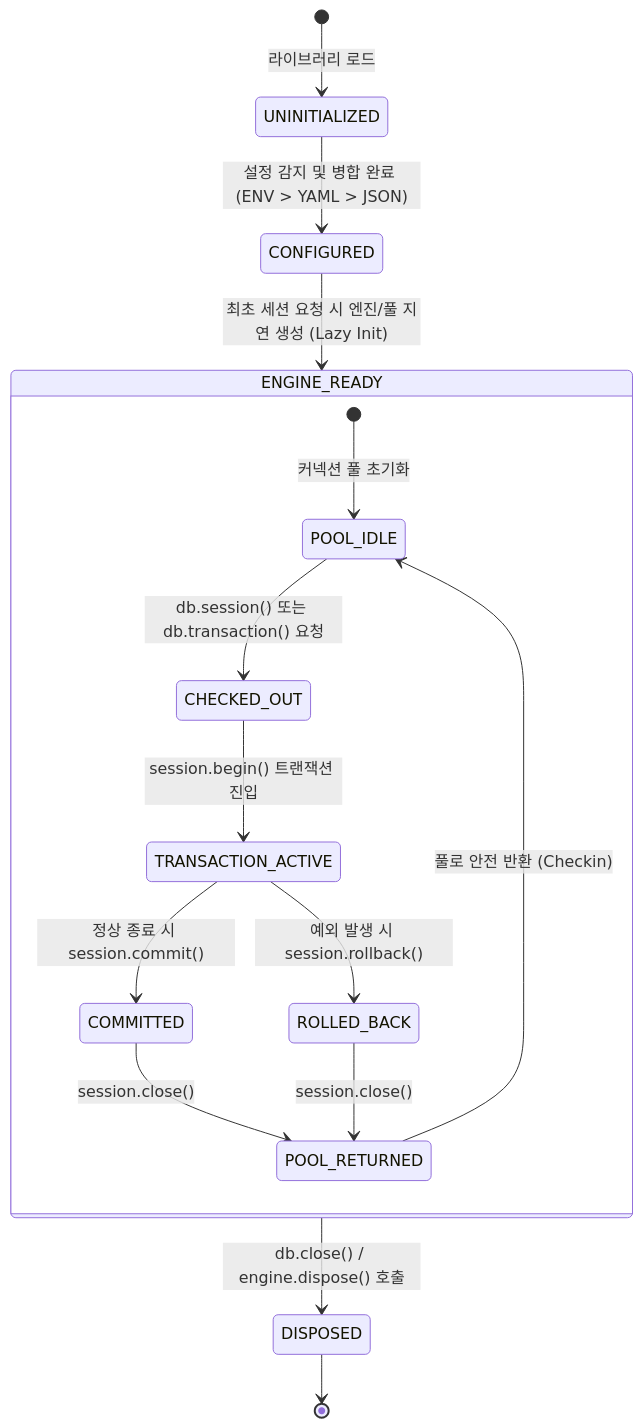
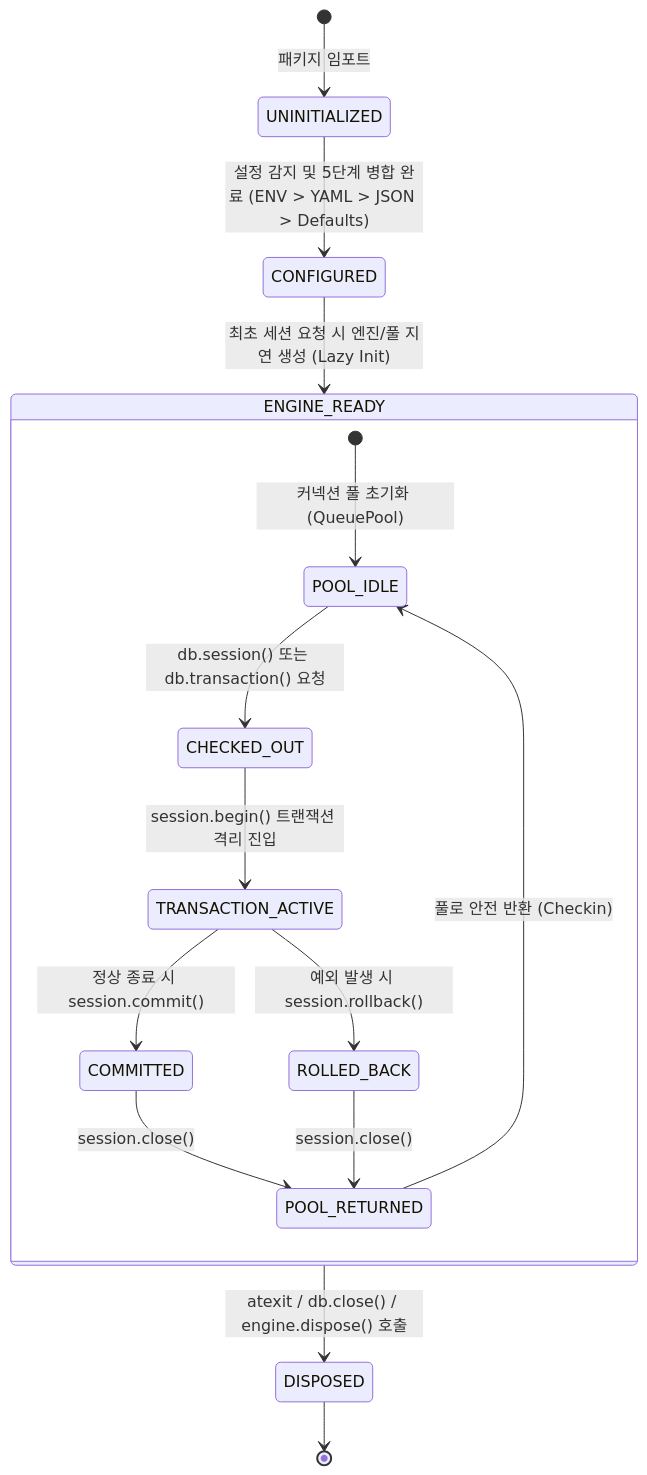
One commit to ozplayground/python-package changed the diagram in docs/sqla-autoconfig/spec-writer/03_POLICIES_AND_EDGES.md. Above: the diagram before and after it, drawn with Mermaid. The commit also changed other lines of this file and 53 other files, not shown here.

````diff
--- a/docs/sqla-autoconfig/spec-writer/03_POLICIES_AND_EDGES.md
+++ b/docs/sqla-autoconfig/spec-writer/03_POLICIES_AND_EDGES.md
@@ -14,20 +14,20 @@
 ```mermaid
 stateDiagram-v2
-    [*] --> UNINITIALIZED: 라이브러리 로드
-    UNINITIALIZED --> CONFIGURED: 설정 감지 및 병합 완료 (ENV > YAML > JSON)
+    [*] --> UNINITIALIZED: 패키지 임포트
+    UNINITIALIZED --> CONFIGURED: 설정 감지 및 5단계 병합 완료 (ENV > YAML > JSON > Defaults)
     CONFIGURED --> ENGINE_READY: 최초 세션 요청 시 엔진/풀 지연 생성 (Lazy Init)
-    
+
     state ENGINE_READY {
-        [*] --> POOL_IDLE: 커넥션 풀 초기화
+        [*] --> POOL_IDLE: 커넥션 풀 초기화 (QueuePool)
         POOL_IDLE --> CHECKED_OUT: db.session() 또는 db.transaction() 요청
-        CHECKED_OUT --> TRANSACTION_ACTIVE: session.begin() 트랜잭션 진입
+        CHECKED_OUT --> TRANSACTION_ACTIVE: session.begin() 트랜잭션 격리 진입
         TRANSACTION_ACTIVE --> COMMITTED: 정상 종료 시 session.commit()
         TRANSACTION_ACTIVE --> ROLLED_BACK: 예외 발생 시 session.rollback()
         COMMITTED --> POOL_RETURNED: session.close()
         ROLLED_BACK --> POOL_RETURNED: session.close()
         POOL_RETURNED --> POOL_IDLE: 풀로 안전 반환 (Checkin)
     }
 
-    ENGINE_READY --> DISPOSED: db.close() / engine.dispose() 호출
+    ENGINE_READY --> DISPOSED: atexit / db.close() / engine.dispose() 호출
     DISPOSED --> [*]
 ```
````
